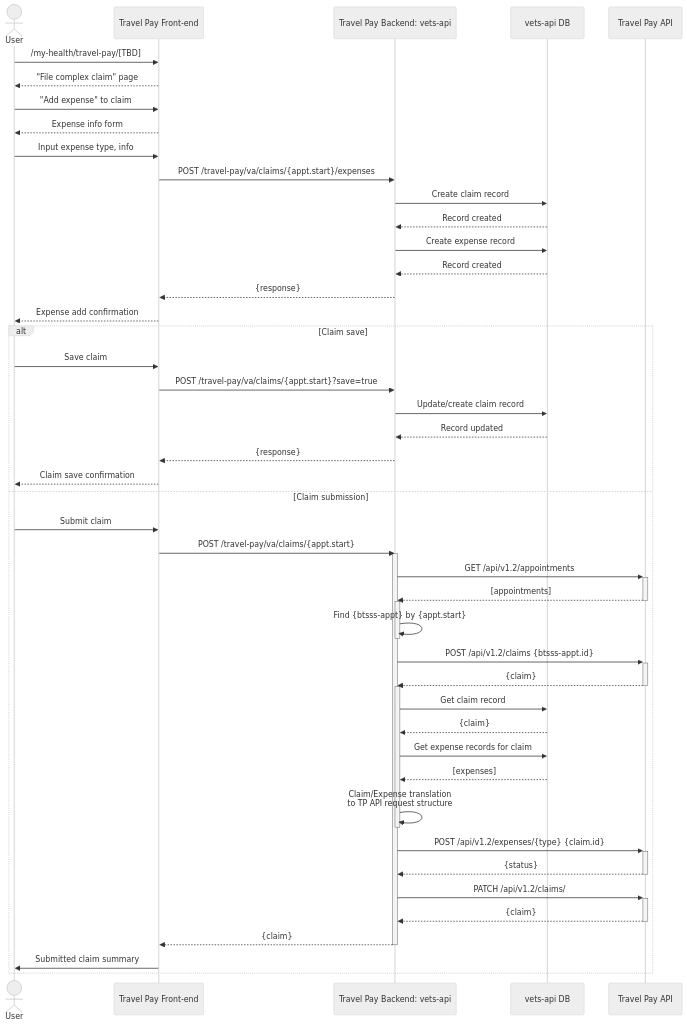
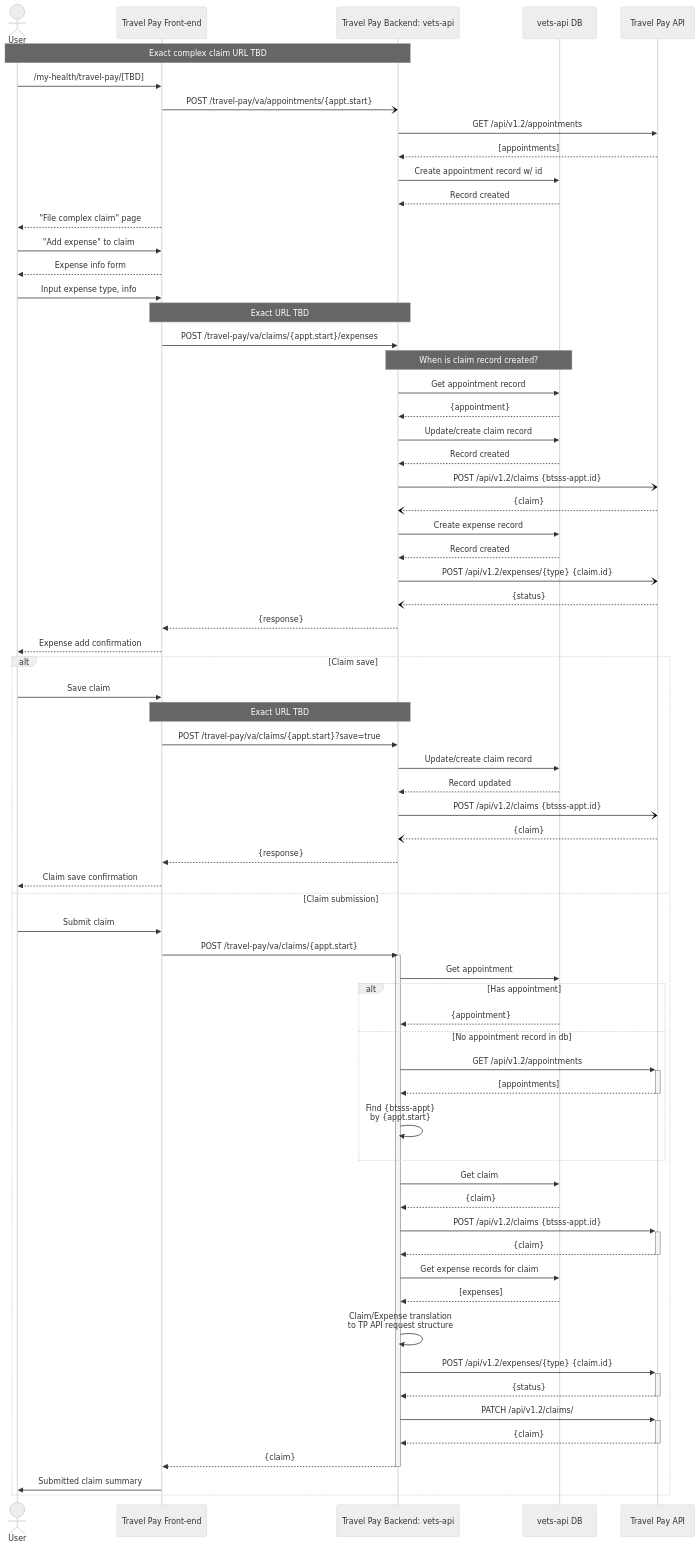
Before and after one commit to department-of-veterans-affairs/va.gov-team: the diagram in products/health-care/beneficiary-travel/engineering/complex_claims/expenses/sequence_diagrams.md, drawn with Mermaid (neutral theme).

Commit message:
Async ideas

```diff
--- a/products/health-care/beneficiary-travel/engineering/complex_claims/expenses/sequence_diagrams.md
+++ b/products/health-care/beneficiary-travel/engineering/complex_claims/expenses/sequence_diagrams.md
@@ -8,26 +8,49 @@
     participant db as vets-api DB
     participant tpapi as Travel Pay API
 
+    Note over user,tpm: Exact complex claim URL TBD
     user ->> tp: /my-health/travel-pay/[TBD]
+    tp -) tpm: POST /travel-pay/va/appointments/{appt.start}
+    tpm ->> tpapi: GET /api/v1.2/appointments
+    tpapi -->> tpm: [appointments]
+    tpm ->> db: Create appointment record w/ id
+    db -->> tpm: Record created
+
     tp -->> user: "File complex claim" page
 
     user ->> tp: "Add expense" to claim
     tp -->> user: Expense info form
 
     user ->> tp: Input expense type, info
+
+    Note over tp,tpm: Exact URL TBD
     tp ->> tpm: POST /travel-pay/va/claims/{appt.start}/expenses
-    tpm ->> db: Create claim record
+
+    Note over tpm,db: When is claim record created?
+    tpm ->> db: Get appointment record
+    db -->> tpm: {appointment}
+    tpm ->> db: Update/create claim record
     db -->> tpm: Record created
+    tpm -) tpapi: POST /api/v1.2/claims {btsss-appt.id}
+    tpapi --) tpm: {claim}
+
     tpm ->> db: Create expense record
     db -->> tpm: Record created
+    tpm -) tpapi: POST /api/v1.2/expenses/{type} {claim.id}
+    tpapi --) tpm: {status}
+
     tpm -->> tp: {response}
     tp -->> user: Expense add confirmation
 
     alt Claim save
         user ->> tp: Save claim
+
+        Note over tp,tpm: Exact URL TBD
         tp ->> tpm: POST /travel-pay/va/claims/{appt.start}?save=true
         tpm ->> db: Update/create claim record
         db -->> tpm: Record updated
+        tpm -) tpapi: POST /api/v1.2/claims {btsss-appt.id}
+        tpapi --) tpm: {claim}
         tpm -->> tp: {response}
         tp -->> user: Claim save confirmation
     else Claim submission
@@ -35,23 +58,24 @@
         tp ->> tpm: POST /travel-pay/va/claims/{appt.start}
 
         activate tpm
-          tpm ->>+ tpapi: GET /api/v1.2/appointments
-          tpapi -->>- tpm: [appointments]
+          tpm ->> db: Get appointment
+          alt Has appointment
+            db -->> tpm: {appointment} 
+          else No appointment record in db
+            tpm ->>+ tpapi: GET /api/v1.2/appointments
+            tpapi -->>- tpm: [appointments]
+            tpm ->> tpm: Find {btsss-appt}<br /> by {appt.start}
+          end
 
-          activate tpm
-            tpm ->> tpm: Find {btsss-appt} by {appt.start}
-          deactivate tpm
+          tpm ->> db: Get claim
+          db -->> tpm: {claim}
 
           tpm ->>+ tpapi: POST /api/v1.2/claims {btsss-appt.id}
           tpapi -->>- tpm: {claim}
 
-          activate tpm
-              tpm ->> db: Get claim record
-              db -->> tpm: {claim}
-              tpm ->> db: Get expense records for claim
-              db -->> tpm: [expenses]
-              tpm ->> tpm: Claim/Expense translation<br/>to TP API request structure
-          deactivate tpm
+          tpm ->> db: Get expense records for claim
+          db -->> tpm: [expenses]
+          tpm ->> tpm: Claim/Expense translation<br/>to TP API request structure
 
           tpm ->>+ tpapi: POST /api/v1.2/expenses/{type} {claim.id}
           tpapi -->>- tpm: {status}
```
